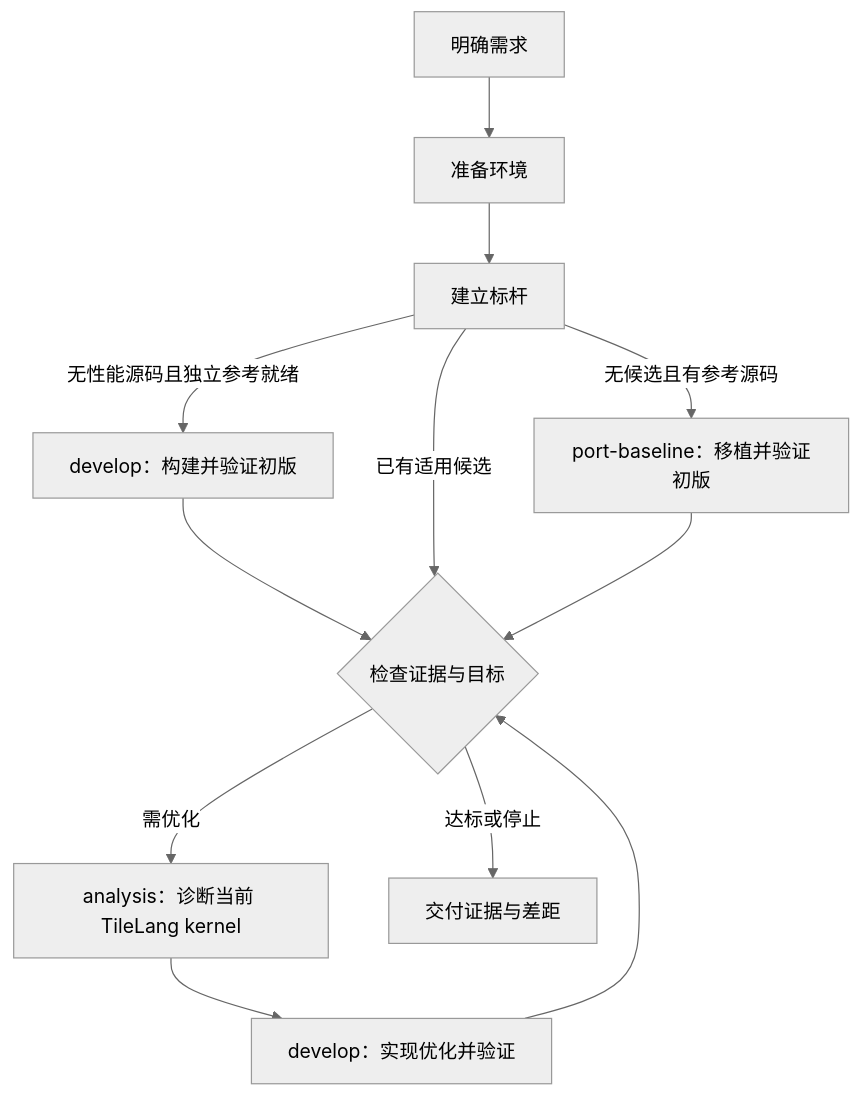
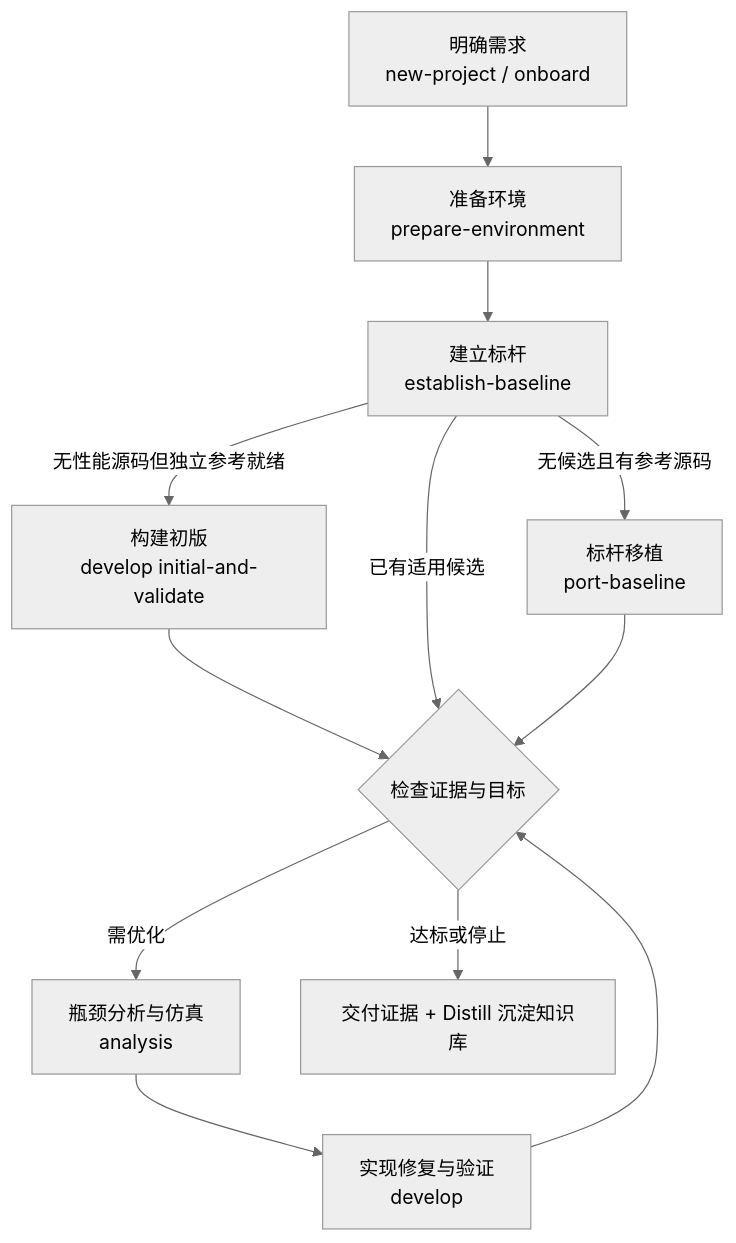
Before and after one commit to tile-ai/tilelang-mlir-ascend: the diagram in README.md, drawn with Mermaid (neutral theme). The commit also changed other lines of this file and 33 other files, not shown here.

First line of the commit message:
feat(harness): add three-layer Ascend TileLang knowledge base and refine docs

````diff
--- a/README.md
+++ b/README.md
@@ -39,14 +77,14 @@
 ```mermaid
 flowchart TD
-    R[明确需求] --> E[准备环境]
-    E --> B[建立标杆]
-    B -->|无候选且有参考源码| P[port-baseline：移植并验证初版]
-    B -->|无性能源码且独立参考就绪| I[develop：构建并验证初版]
+    R[明确需求<br/>new-project / onboard] --> E[准备环境<br/>prepare-environment]
+    E --> B[建立标杆<br/>establish-baseline]
+    B -->|无候选且有参考源码| P[标杆移植<br/>port-baseline]
+    B -->|无性能源码但独立参考就绪| I[构建初版<br/>develop initial-and-validate]
     I --> C
     B -->|已有适用候选| C{检查证据与目标}
     P --> C
-    C -->|需优化| A[analysis：诊断当前 TileLang kernel]
-    A --> D[develop：实现优化并验证]
+    C -->|需优化| A[瓶颈分析与仿真<br/>analysis]
+    A --> D[实现修复与验证<br/>develop]
     D --> C
-    C -->|达标或停止| O[交付证据与差距]
+    C -->|达标或停止| O[交付证据 + Distill 沉淀知识库]
 ```
````
